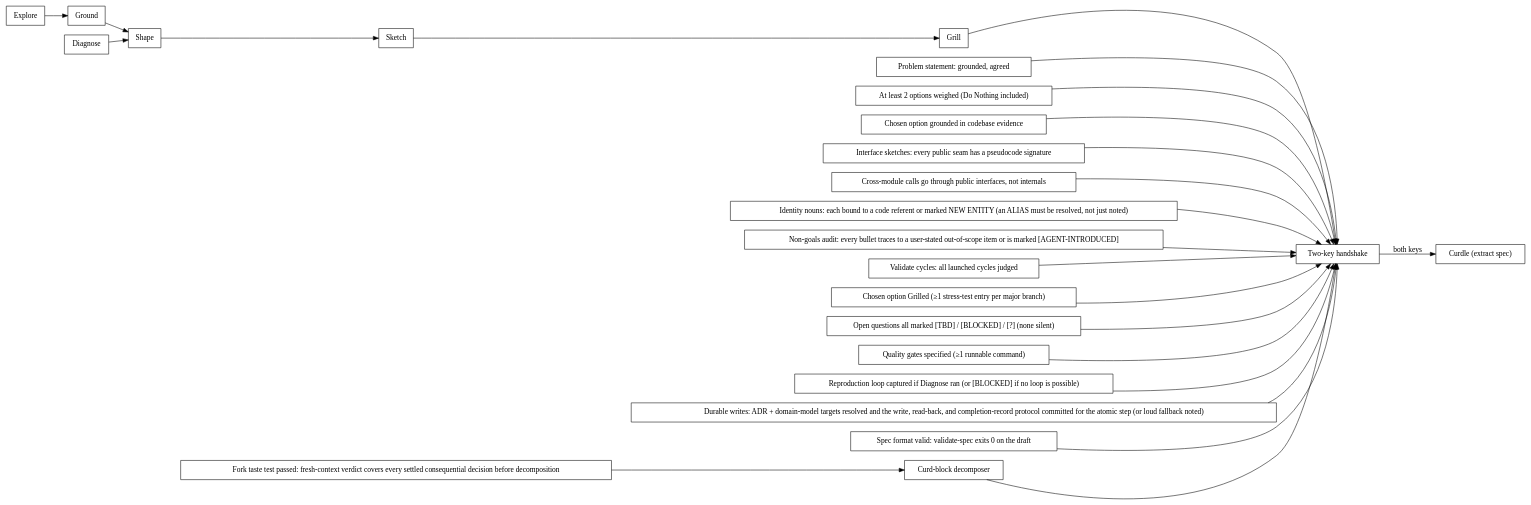
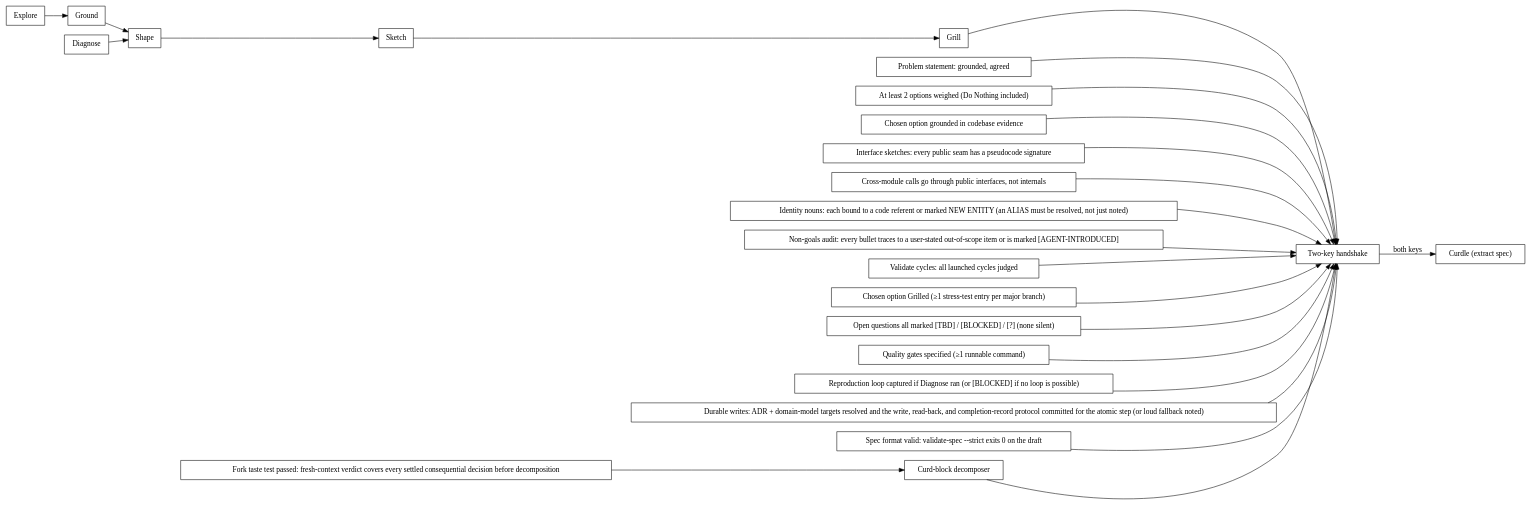
Before and after one commit to paulnsorensen/easy-cheese: the diagram in skills/mold/scripts/mold.dot, drawn with Graphviz. The commit also changed 8 other files, not shown here.

```diff
--- a/skills/mold/scripts/mold.dot
+++ b/skills/mold/scripts/mold.dot
@@ -1,51 +1,51 @@
 digraph mold_gates {
   rankdir=LR;
   node [shape=box];
   explore [label="Explore", kind="mode"];
   ground [label="Ground", kind="mode"];
   shape [label="Shape", kind="mode"];
   sketch [label="Sketch", kind="mode"];
   grill [label="Grill", kind="mode"];
   diagnose [label="Diagnose", kind="mode"];
   problem_statement [label="Problem statement: grounded, agreed", kind="gate"];
   at_least_2_options_weighed_do_nothing_included [label="At least 2 options weighed (Do Nothing included)", kind="gate"];
   chosen_option_grounded_in_codebase_evidence [label="Chosen option grounded in codebase evidence", kind="gate"];
   interface_sketches [label="Interface sketches: every public seam has a pseudocode signature", kind="gate"];
   cross_module_calls_go_through_public_interfaces_not_internals [label="Cross-module calls go through public interfaces, not internals", kind="gate"];
   identity_nouns [label="Identity nouns: each bound to a code referent or marked NEW ENTITY (an ALIAS must be resolved, not just noted)", kind="gate"];
   non_goals_audit [label="Non-goals audit: every bullet traces to a user-stated out-of-scope item or is marked [AGENT-INTRODUCED]", kind="gate"];
   validate_cycles [label="Validate cycles: all launched cycles judged", kind="gate"];
   chosen_option_grilled_1_stress_test_entry_per_major_branch [label="Chosen option Grilled (≥1 stress-test entry per major branch)", kind="gate"];
   open_questions_all_marked_tbd_blocked_none_silent [label="Open questions all marked [TBD] / [BLOCKED] / [?] (none silent)", kind="gate"];
   quality_gates_specified_1_runnable_command [label="Quality gates specified (≥1 runnable command)", kind="gate"];
   reproduction_loop_captured_if_diagnose_ran_or_blocked_if_no_loop_is_possible [label="Reproduction loop captured if Diagnose ran (or [BLOCKED] if no loop is possible)", kind="gate"];
   durable_writes [label="Durable writes: ADR + domain-model targets resolved and the write, read-back, and completion-record protocol committed for the atomic step (or loud fallback noted)", kind="gate"];
   fork_taste_test_passed [label="Fork taste test passed: fresh-context verdict covers every settled consequential decision before decomposition", kind="gate"];
-  spec_format_valid [label="Spec format valid: validate-spec exits 0 on the draft", kind="gate"];
+  spec_format_valid [label="Spec format valid: validate-spec --strict exits 0 on the draft", kind="gate"];
   decomposer [label="Curd-block decomposer", kind="decomposer"];
   handshake [label="Two-key handshake", kind="handshake"];
   curdle [label="Curdle (extract spec)", kind="terminal"];
   explore -> ground;
   ground -> shape;
   shape -> sketch;
   sketch -> grill;
   diagnose -> shape;
   problem_statement -> handshake;
   at_least_2_options_weighed_do_nothing_included -> handshake;
   chosen_option_grounded_in_codebase_evidence -> handshake;
   interface_sketches -> handshake;
   cross_module_calls_go_through_public_interfaces_not_internals -> handshake;
   identity_nouns -> handshake;
   non_goals_audit -> handshake;
   validate_cycles -> handshake;
   chosen_option_grilled_1_stress_test_entry_per_major_branch -> handshake;
   open_questions_all_marked_tbd_blocked_none_silent -> handshake;
   quality_gates_specified_1_runnable_command -> handshake;
   reproduction_loop_captured_if_diagnose_ran_or_blocked_if_no_loop_is_possible -> handshake;
   durable_writes -> handshake;
   fork_taste_test_passed -> decomposer;
   spec_format_valid -> handshake;
   decomposer -> handshake;
   grill -> handshake;
   handshake -> curdle [label="both keys"];
 }
```
